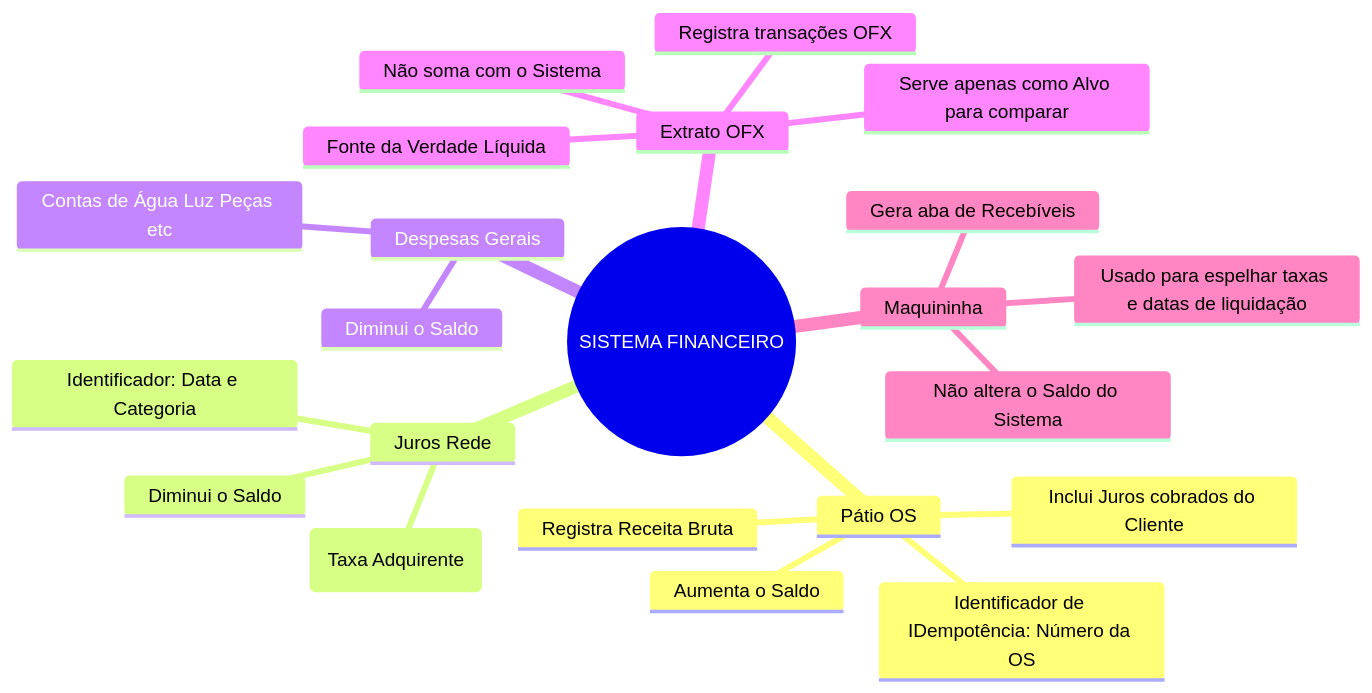
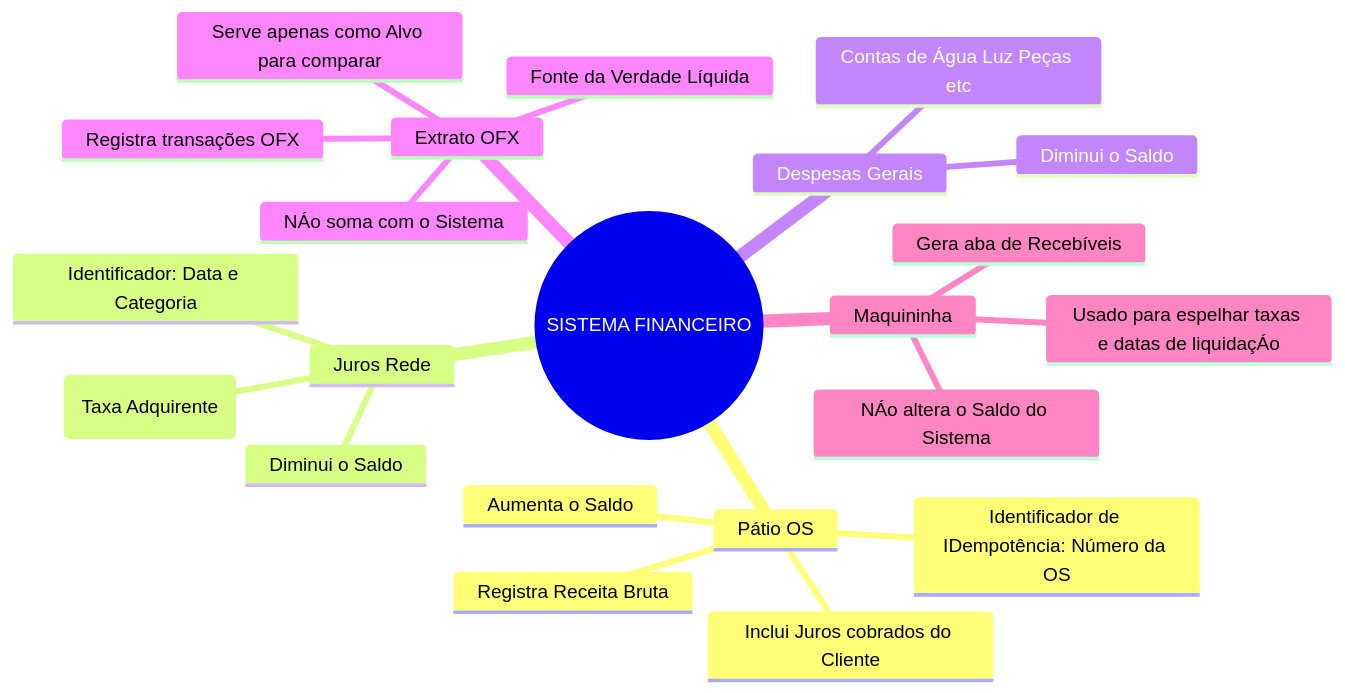
The first of 2 diagrams in specs/archive/038-arquitetura-conciliacao-cruzada/design.md (mktfun/mec-nica-financeiro), drawn with Mermaid before and after one commit. The commit also changed other lines of this file and 2193 other files, not shown here.

````diff
--- a/specs/archive/038-arquitetura-conciliacao-cruzada/design.md
+++ b/specs/archive/038-arquitetura-conciliacao-cruzada/design.md
@@ -5,25 +5,25 @@
 ```mermaid
 mindmap
   root((SISTEMA FINANCEIRO))
     Pátio OS
       Aumenta o Saldo
       Registra Receita Bruta
       Inclui Juros cobrados do Cliente
       Identificador de IDempotência: Número da OS
     Juros Rede
       Diminui o Saldo
       Registra Despesa (Taxa Adquirente)
       Identificador: Data e Categoria
     Despesas Gerais
       Diminui o Saldo
       Contas de Água Luz Peças etc
     Extrato OFX
       Fonte da Verdade Líquida
       Registra transações OFX
-      Não soma com o Sistema
+      NÁo soma com o Sistema
       Serve apenas como Alvo para comparar
     Maquininha
-      Não altera o Saldo do Sistema
+      NÁo altera o Saldo do Sistema
       Gera aba de Recebíveis
-      Usado para espelhar taxas e datas de liquidação
+      Usado para espelhar taxas e datas de liquidaçÁo
 ```
````
